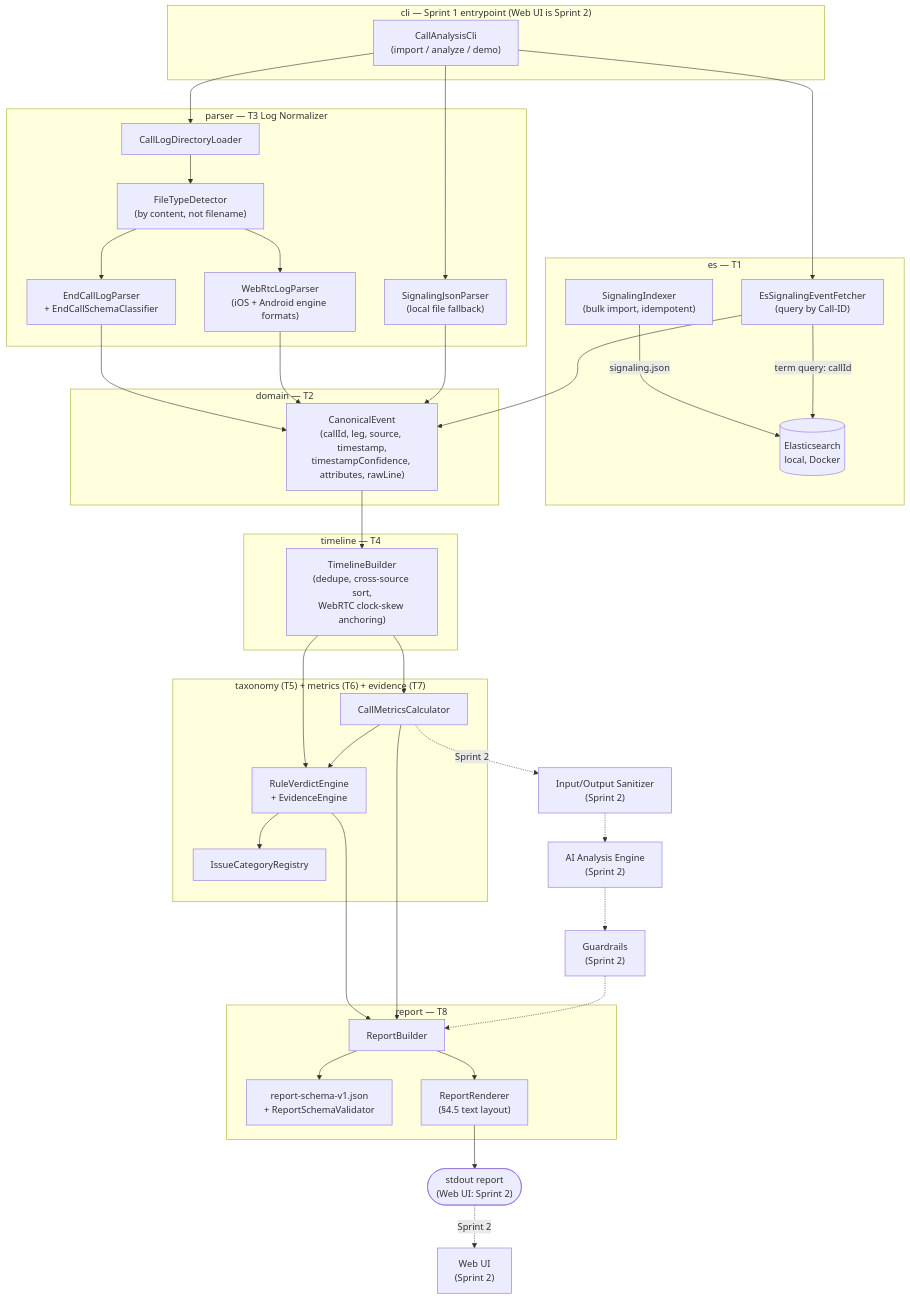
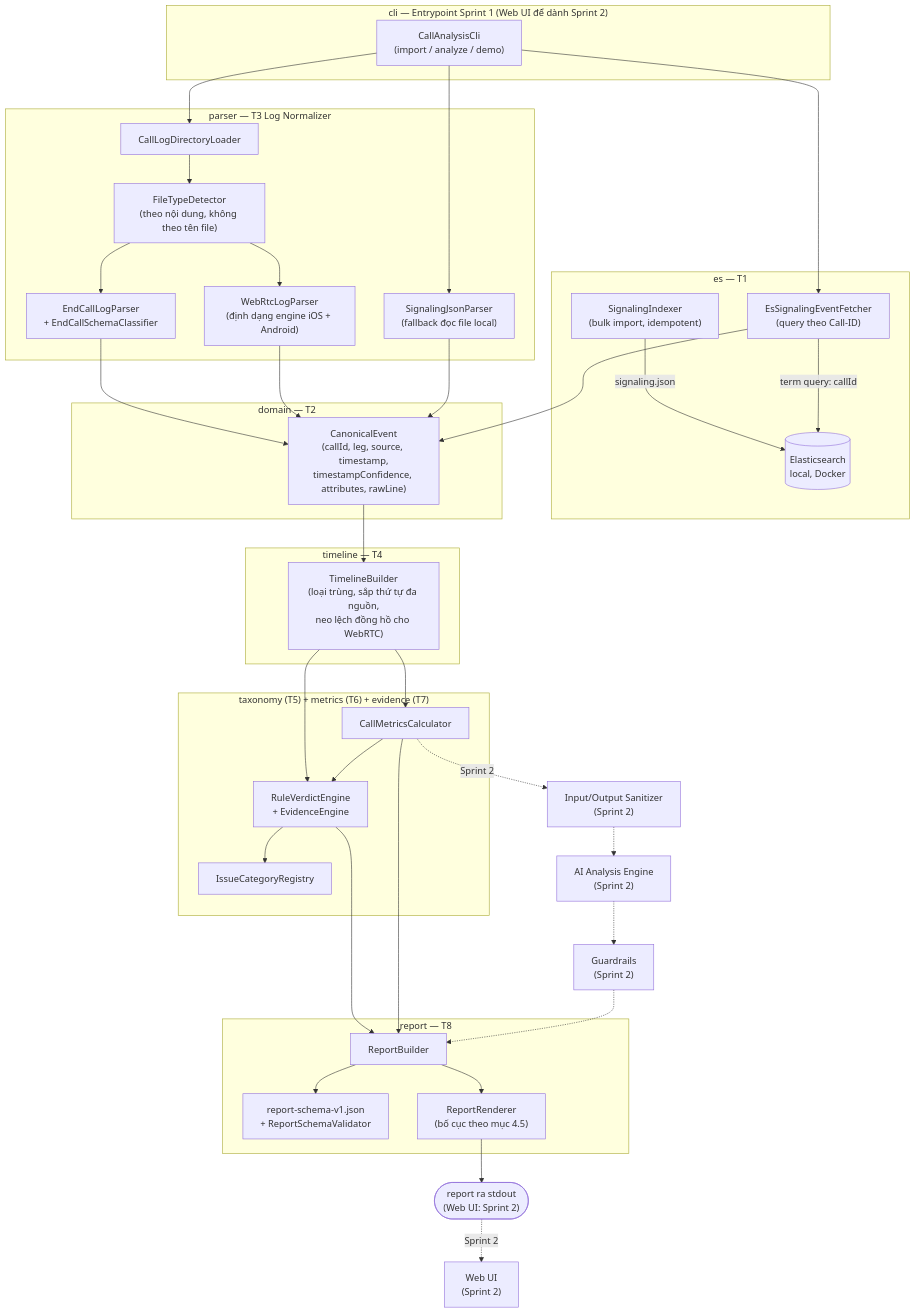
Before and after one commit to tutran0401/call-analysis-assistant: the diagram in docs/architecture-diagram-v1.md, drawn with Mermaid. The commit also changed other lines of this file and 5 other files, not shown here.

````diff
--- a/docs/architecture-diagram-v1.md
+++ b/docs/architecture-diagram-v1.md
@@ -7,72 +7,72 @@
 ```mermaid
 flowchart TD
-    subgraph cli["cli — Sprint 1 entrypoint (Web UI is Sprint 2)"]
+    subgraph cli["cli — Entrypoint Sprint 1 (Web UI để dành Sprint 2)"]
         CLI["CallAnalysisCli\n(import / analyze / demo)"]
     end
 
     subgraph es["es — T1"]
         Indexer["SignalingIndexer\n(bulk import, idempotent)"]
-        Fetcher["EsSignalingEventFetcher\n(query by Call-ID)"]
+        Fetcher["EsSignalingEventFetcher\n(query theo Call-ID)"]
         ESStore[(Elasticsearch\nlocal, Docker)]
         Indexer -->|signaling.json| ESStore
         Fetcher -->|term query: callId| ESStore
     end
 
     subgraph parser["parser — T3 Log Normalizer"]
-        Detect["FileTypeDetector\n(by content, not filename)"]
+        Detect["FileTypeDetector\n(theo nội dung, không theo tên file)"]
         EndCall["EndCallLogParser\n+ EndCallSchemaClassifier"]
-        WebRtc["WebRtcLogParser\n(iOS + Android engine formats)"]
-        SigJson["SignalingJsonParser\n(local file fallback)"]
+        WebRtc["WebRtcLogParser\n(định dạng engine iOS + Android)"]
+        SigJson["SignalingJsonParser\n(fallback đọc file local)"]
         DirLoader["CallLogDirectoryLoader"]
         Detect --> EndCall
         Detect --> WebRtc
         DirLoader --> Detect
     end
 
     subgraph domain["domain — T2"]
         CanonicalEvent["CanonicalEvent\n(callId, leg, source, timestamp,\ntimestampConfidence, attributes, rawLine)"]
     end
 
     subgraph timeline["timeline — T4"]
-        TimelineBuilder["TimelineBuilder\n(dedupe, cross-source sort,\nWebRTC clock-skew anchoring)"]
+        TimelineBuilder["TimelineBuilder\n(loại trùng, sắp thứ tự đa nguồn,\nneo lệch đồng hồ cho WebRTC)"]
     end
 
     subgraph analysis["taxonomy (T5) + metrics (T6) + evidence (T7)"]
         Metrics["CallMetricsCalculator"]
         RuleEngine["RuleVerdictEngine\n+ EvidenceEngine"]
         Taxonomy["IssueCategoryRegistry"]
         RuleEngine --> Taxonomy
     end
 
     subgraph report["report — T8"]
         Builder["ReportBuilder"]
         Schema["report-schema-v1.json\n+ ReportSchemaValidator"]
-        Renderer["ReportRenderer\n(§4.5 text layout)"]
+        Renderer["ReportRenderer\n(bố cục theo mục 4.5)"]
         Builder --> Schema
         Builder --> Renderer
     end
 
     CLI --> Fetcher
     CLI --> SigJson
     CLI --> DirLoader
     EndCall --> CanonicalEvent
     WebRtc --> CanonicalEvent
     SigJson --> CanonicalEvent
     Fetcher --> CanonicalEvent
     CanonicalEvent --> TimelineBuilder
     TimelineBuilder --> Metrics
     TimelineBuilder --> RuleEngine
     Metrics --> RuleEngine
     RuleEngine --> Builder
     Metrics --> Builder
-    Renderer --> Stdout(["stdout report\n(Web UI: Sprint 2)"])
+    Renderer --> Stdout(["report ra stdout\n(Web UI: Sprint 2)"])
 
     classDef future fill:#eee,stroke:#999,color:#999,stroke-dasharray: 4 3
     class Sanitizer,AIEngine,Guardrails,WebUI future
     Sanitizer["Input/Output Sanitizer\n(Sprint 2)"]
     AIEngine["AI Analysis Engine\n(Sprint 2)"]
     Guardrails["Guardrails\n(Sprint 2)"]
     WebUI["Web UI\n(Sprint 2)"]
     Metrics -.->|Sprint 2| Sanitizer -.-> AIEngine -.-> Guardrails -.-> Builder
     Stdout -.->|Sprint 2| WebUI
 ```
````
